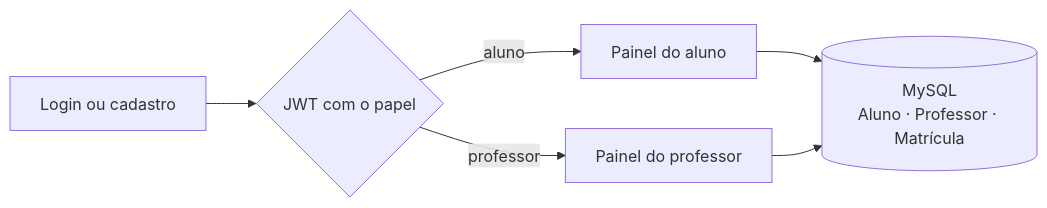
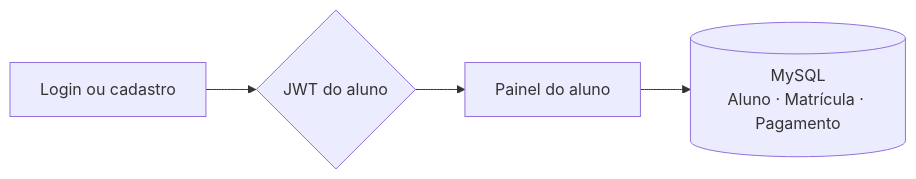
The diagram in README.md (CoderMan013/Academia-do-Alemao), drawn with Mermaid before and after one commit. The commit also changed other lines of this file and 76 other files, not shown here.

First line of the commit message:
refactor: volta ao modelo Aluno, Matrícula e Pagamento

````diff
--- a/README.md
+++ b/README.md
@@ -47,8 +47,6 @@
 ```mermaid
 flowchart LR
-  A[Login ou cadastro] --> B{JWT com o papel}
-  B -->|aluno| C[Painel do aluno]
-  B -->|professor| D[Painel do professor]
-  C --> E[(MySQL<br/>Aluno · Professor · Matrícula)]
-  D --> E
+  A[Login ou cadastro] --> B{JWT do aluno}
+  B --> C[Painel do aluno]
+  C --> D[(MySQL<br/>Aluno · Matrícula · Pagamento)]
 ```
````
